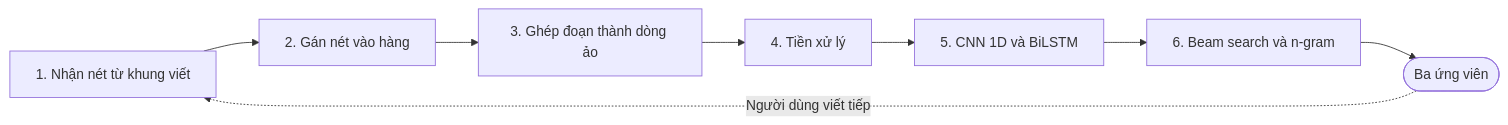
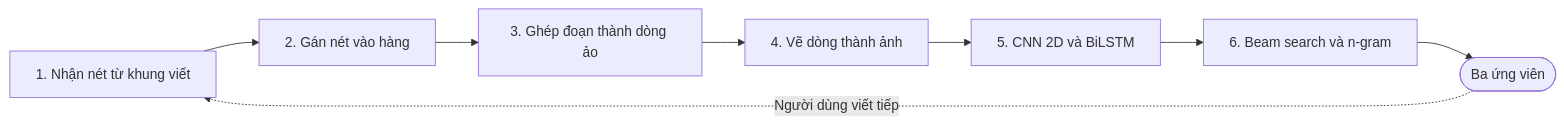
One commit to nhkyn0410/Project_Mc changed the diagram in docs/01-mo-ta-de-tai.md. Above: the diagram before and after it, drawn with Mermaid. The commit also changed other lines of this file and 4 other files, not shown here.

````diff
--- a/docs/01-mo-ta-de-tai.md
+++ b/docs/01-mo-ta-de-tai.md
@@ -65,10 +68,10 @@
 ```mermaid
 flowchart LR
     A[1. Nhận nét từ khung viết] --> B[2. Gán nét vào hàng]
     B --> C[3. Ghép đoạn thành dòng ảo]
-    C --> D[4. Tiền xử lý]
-    D --> E[5. CNN 1D và BiLSTM]
+    C --> D[4. Vẽ dòng thành ảnh]
+    D --> E[5. CNN 2D và BiLSTM]
     E --> F[6. Beam search và n-gram]
     F --> G([Ba ứng viên])
     G -. Người dùng viết tiếp .-> A
 ```
````
